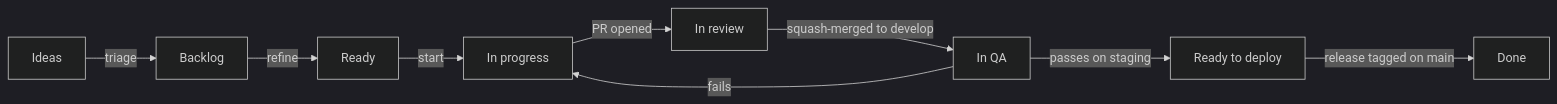
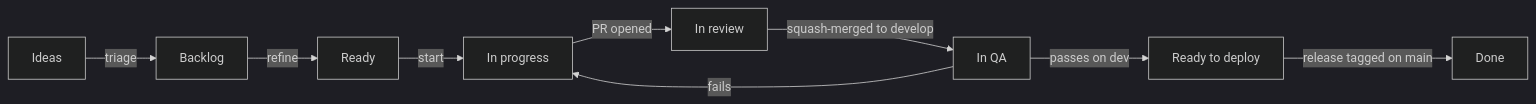
One commit to Frank-Tech-Org/GaugePrep changed the diagram in docs/process/branching-and-release.md. Above: the diagram before and after it, drawn with Mermaid (dark theme). The commit also changed other lines of this file and 24 other files, not shown here.

First line of the commit message:
docs(process): deploy develop to dev, stage to staging and main to production (#50)

````diff
--- a/docs/process/branching-and-release.md
+++ b/docs/process/branching-and-release.md
@@ -23,11 +23,11 @@
 ```mermaid
 flowchart LR
     I[Ideas] -- triage --> B[Backlog]
     B -- refine --> R[Ready]
     R -- start --> P[In progress]
     P -- PR opened --> V[In review]
     V -- squash-merged to develop --> Q[In QA]
-    Q -- passes on staging --> D[Ready to deploy]
+    Q -- passes on dev --> D[Ready to deploy]
     Q -- fails --> P
     D -- release tagged on main --> X[Done]
 ```
````
